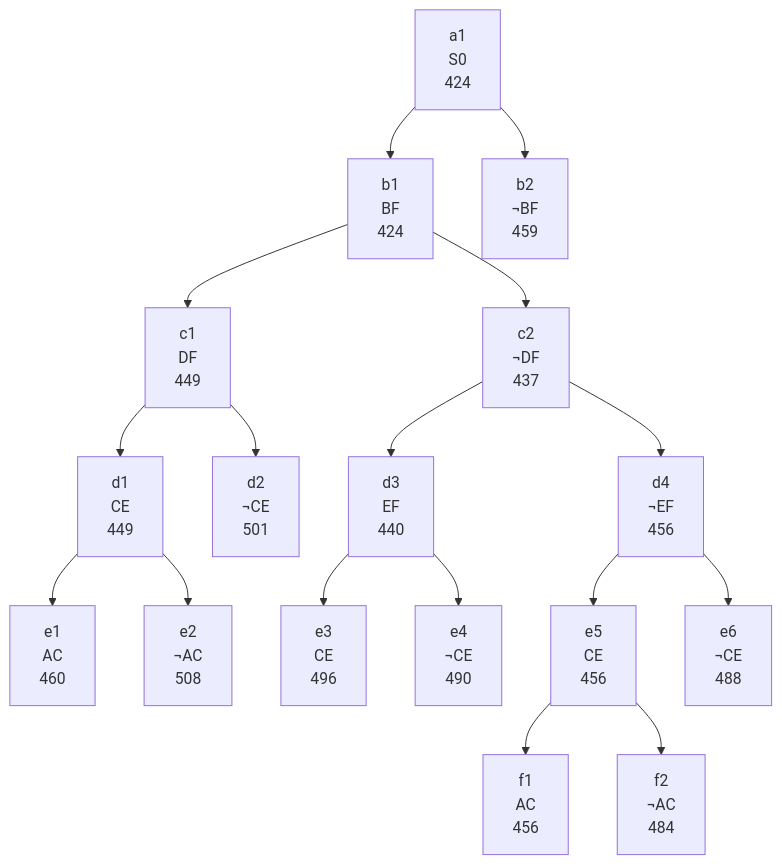
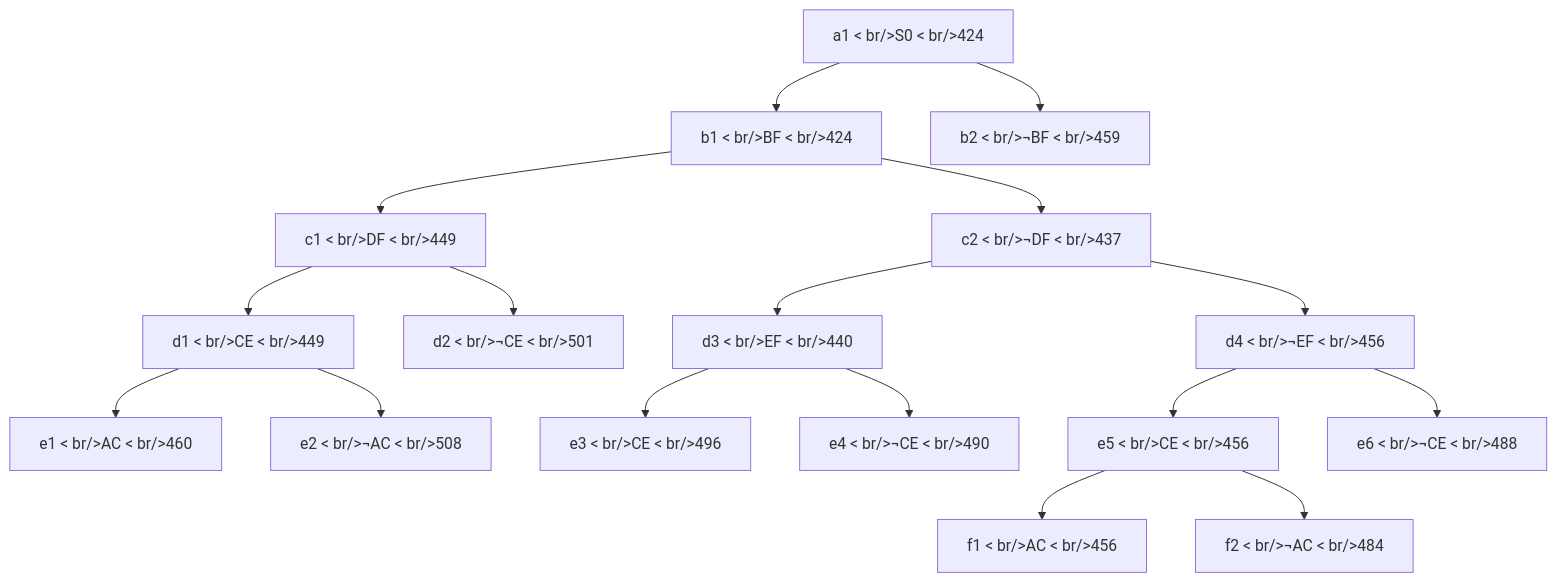
Before and after one commit to vbordia/aifu: the diagram in src/content/papers/23t1-an/02-tsp-branch-and-bound.mdx, drawn with Mermaid. The commit also changed other lines of this file and 146 other files, not shown here.

````diff
--- a/src/content/papers/23t1-an/02-tsp-branch-and-bound.mdx
+++ b/src/content/papers/23t1-an/02-tsp-branch-and-bound.mdx
@@ -16,19 +16,19 @@
 ```mermaid
 graph TD
-    a1["a1<br/>S0<br/>424"] --> b1["b1<br/>BF<br/>424"]
-    a1 --> b2["b2<br/>¬BF<br/>459"]
-    b1 --> c1["c1<br/>DF<br/>449"]
-    b1 --> c2["c2<br/>¬DF<br/>437"]
-    c1 --> d1["d1<br/>CE<br/>449"]
-    c1 --> d2["d2<br/>¬CE<br/>501"]
-    c2 --> d3["d3<br/>EF<br/>440"]
-    c2 --> d4["d4<br/>¬EF<br/>456"]
-    d1 --> e1["e1<br/>AC<br/>460"]
-    d1 --> e2["e2<br/>¬AC<br/>508"]
-    d3 --> e3["e3<br/>CE<br/>496"]
-    d3 --> e4["e4<br/>¬CE<br/>490"]
-    d4 --> e5["e5<br/>CE<br/>456"]
-    d4 --> e6["e6<br/>¬CE<br/>488"]
-    e5 --> f1["f1<br/>AC<br/>456"]
-    e5 --> f2["f2<br/>¬AC<br/>484"]
+    a1["a1 &lt; br/>S0 &lt; br/>424"] --> b1["b1 &lt; br/>BF &lt; br/>424"]
+    a1 --> b2["b2 &lt; br/>¬BF &lt; br/>459"]
+    b1 --> c1["c1 &lt; br/>DF &lt; br/>449"]
+    b1 --> c2["c2 &lt; br/>¬DF &lt; br/>437"]
+    c1 --> d1["d1 &lt; br/>CE &lt; br/>449"]
+    c1 --> d2["d2 &lt; br/>¬CE &lt; br/>501"]
+    c2 --> d3["d3 &lt; br/>EF &lt; br/>440"]
+    c2 --> d4["d4 &lt; br/>¬EF &lt; br/>456"]
+    d1 --> e1["e1 &lt; br/>AC &lt; br/>460"]
+    d1 --> e2["e2 &lt; br/>¬AC &lt; br/>508"]
+    d3 --> e3["e3 &lt; br/>CE &lt; br/>496"]
+    d3 --> e4["e4 &lt; br/>¬CE &lt; br/>490"]
+    d4 --> e5["e5 &lt; br/>CE &lt; br/>456"]
+    d4 --> e6["e6 &lt; br/>¬CE &lt; br/>488"]
+    e5 --> f1["f1 &lt; br/>AC &lt; br/>456"]
+    e5 --> f2["f2 &lt; br/>¬AC &lt; br/>484"]
 ```
````
